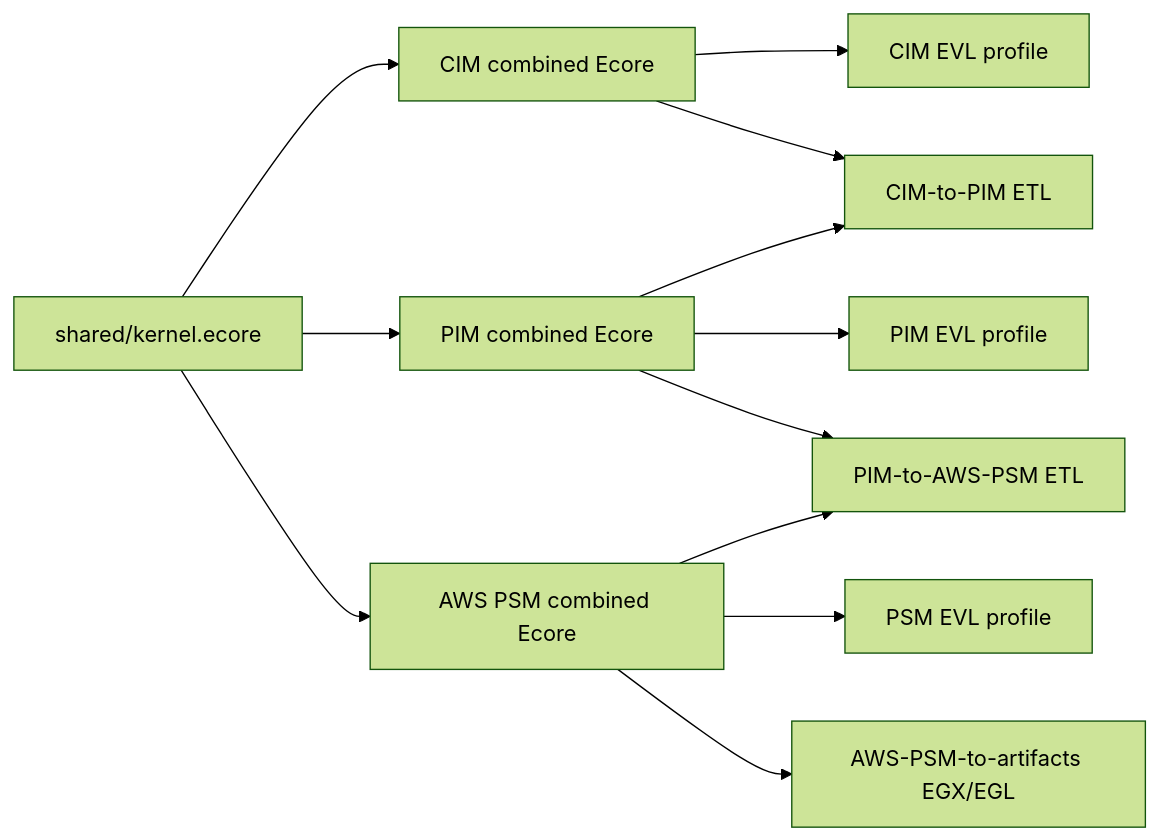
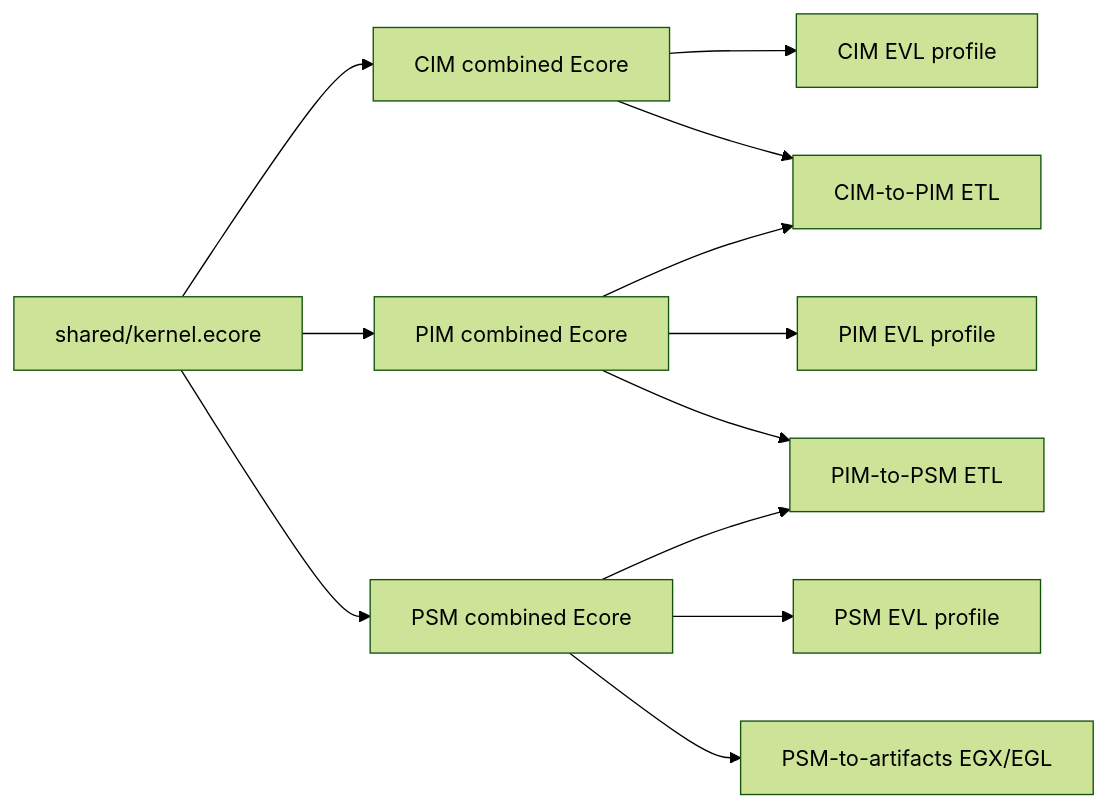
One commit to mehdieidi/modriss changed the third of 3 diagrams in docs/diagrams/05-module-dependencies.md. Above: the diagram before and after it, drawn with Mermaid (forest theme). The commit also changed 193 other files, not shown here.

Commit message:
docs: change aws psm to psm

````diff
--- a/docs/diagrams/05-module-dependencies.md
+++ b/docs/diagrams/05-module-dependencies.md
@@ -89,25 +89,25 @@
 ```mermaid
 flowchart LR
     kernel["shared/kernel.ecore"]
     cim["CIM combined Ecore"]
     pim["PIM combined Ecore"]
-    psm["AWS PSM combined Ecore"]
+    psm["PSM combined Ecore"]
     cimEvl["CIM EVL profile"]
     pimEvl["PIM EVL profile"]
     psmEvl["PSM EVL profile"]
     cimPim["CIM-to-PIM ETL"]
-    pimPsm["PIM-to-AWS-PSM ETL"]
-    psmArt["AWS-PSM-to-artifacts EGX/EGL"]
+    pimPsm["PIM-to-PSM ETL"]
+    psmArt["PSM-to-artifacts EGX/EGL"]
 
     kernel --> cim
     kernel --> pim
     kernel --> psm
     cim --> cimEvl
     pim --> pimEvl
     psm --> psmEvl
     cim --> cimPim
     pim --> cimPim
     pim --> pimPsm
     psm --> pimPsm
     psm --> psmArt
 ```
````
